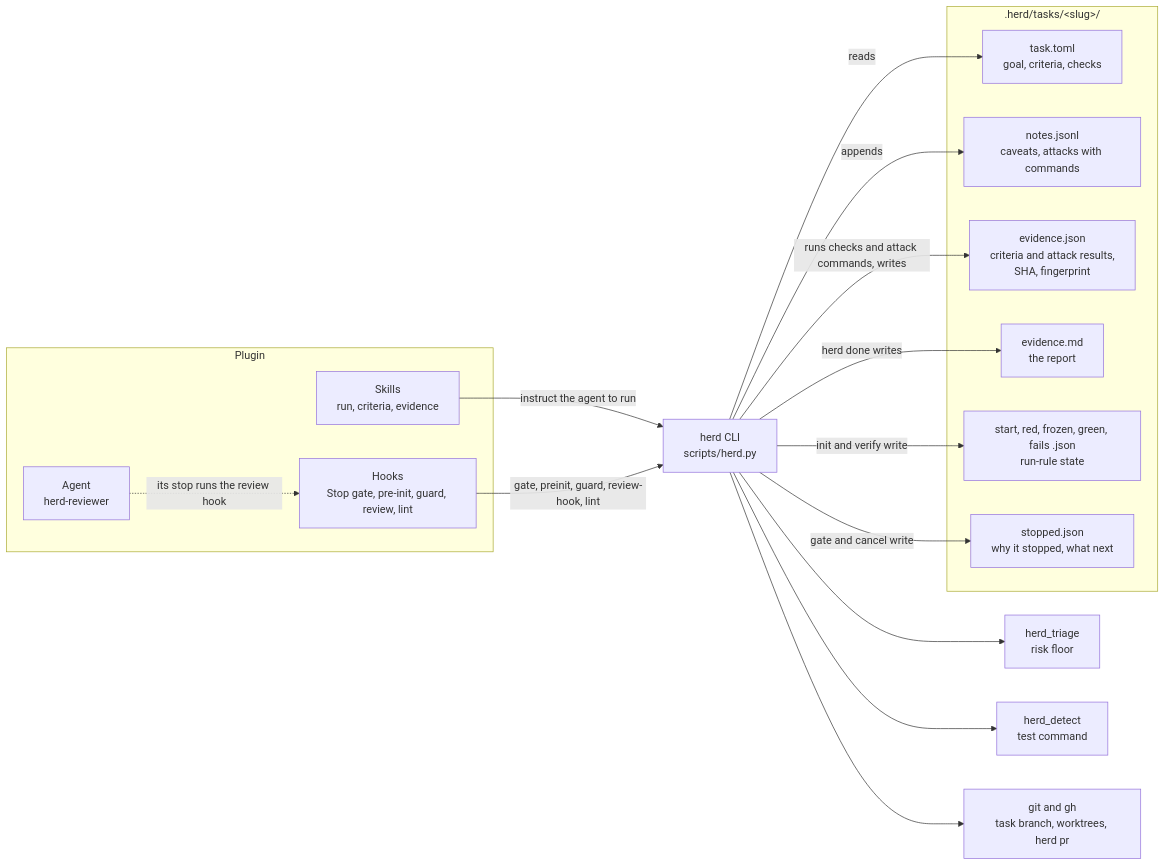
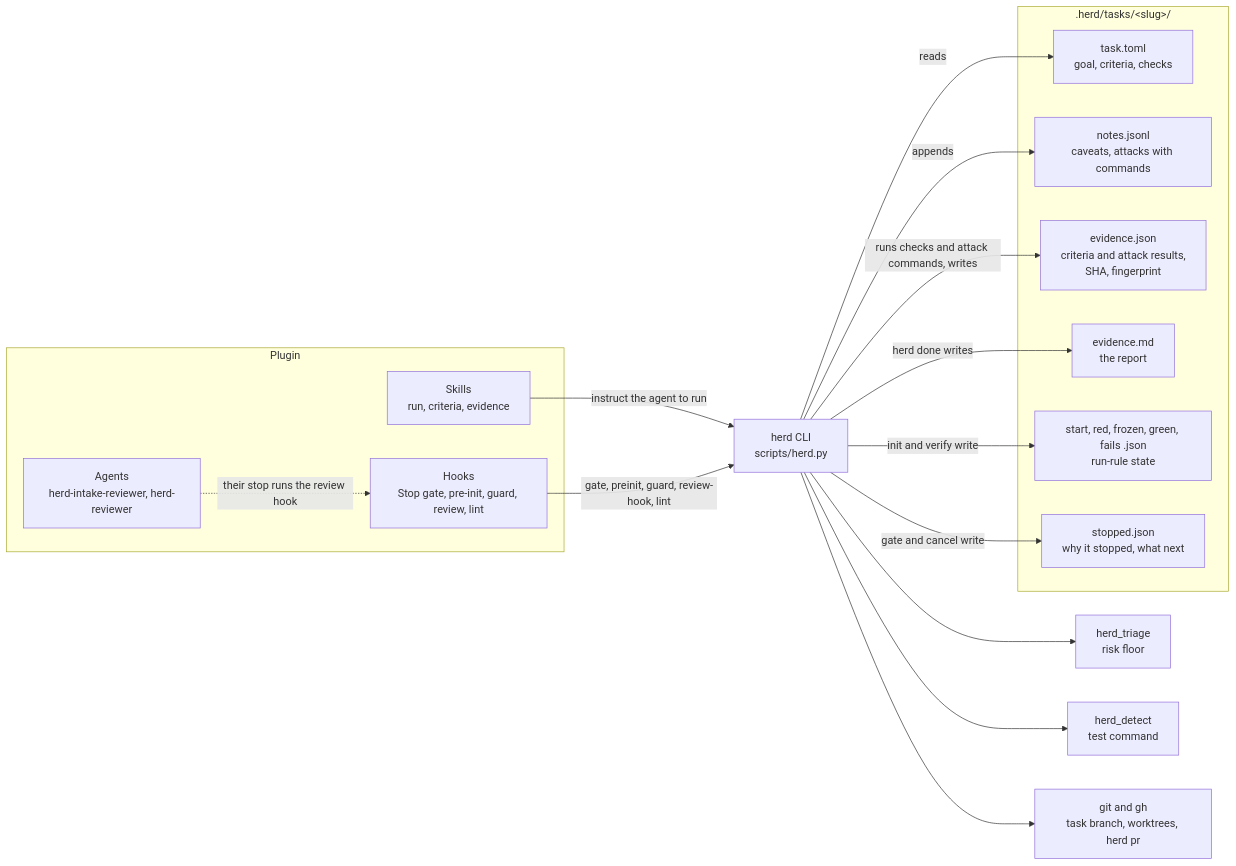
One commit to Beovulfo/herd-sdlc changed the second of 2 diagrams in README.md. Above: the diagram before and after it, drawn with Mermaid. The commit also changed other lines of this file and 15 other files, not shown here.

First line of the commit message:
Herd 0.11.0: intake review of the criteria before the code (#22)

````diff
--- a/README.md
+++ b/README.md
@@ -139,32 +139,32 @@
 ```mermaid
 flowchart LR
     subgraph Plugin
         S["Skills<br/>run, criteria, evidence"]
         H["Hooks<br/>Stop gate, pre-init, guard, review, lint"]
-        A["Agent<br/>herd-reviewer"]
+        A["Agents<br/>herd-intake-reviewer, herd-reviewer"]
     end
     CLI["herd CLI<br/>scripts/herd.py"]
     T["herd_triage<br/>risk floor"]
     D["herd_detect<br/>test command"]
     G["git and gh<br/>task branch, worktrees, herd pr"]
     subgraph State[".herd/tasks/&lt;slug&gt;/"]
         TT["task.toml<br/>goal, criteria, checks"]
         NO["notes.jsonl<br/>caveats, attacks with commands"]
         EV["evidence.json<br/>criteria and attack results,<br/>SHA, fingerprint"]
         RP["evidence.md<br/>the report"]
         RR["start, red, frozen, green, fails .json<br/>run-rule state"]
         SR["stopped.json<br/>why it stopped, what next"]
     end
     S -->|instruct the agent to run| CLI
     H -->|gate, preinit, guard, review-hook, lint| CLI
-    A -.->|its stop runs the review hook| H
+    A -.->|their stop runs the review hook| H
     CLI --> T
     CLI --> D
     CLI --> G
     CLI -->|reads| TT
     CLI -->|appends| NO
     CLI -->|runs checks and attack commands, writes| EV
     CLI -->|herd done writes| RP
     CLI -->|init and verify write| RR
     CLI -->|gate and cancel write| SR
 ```
````
